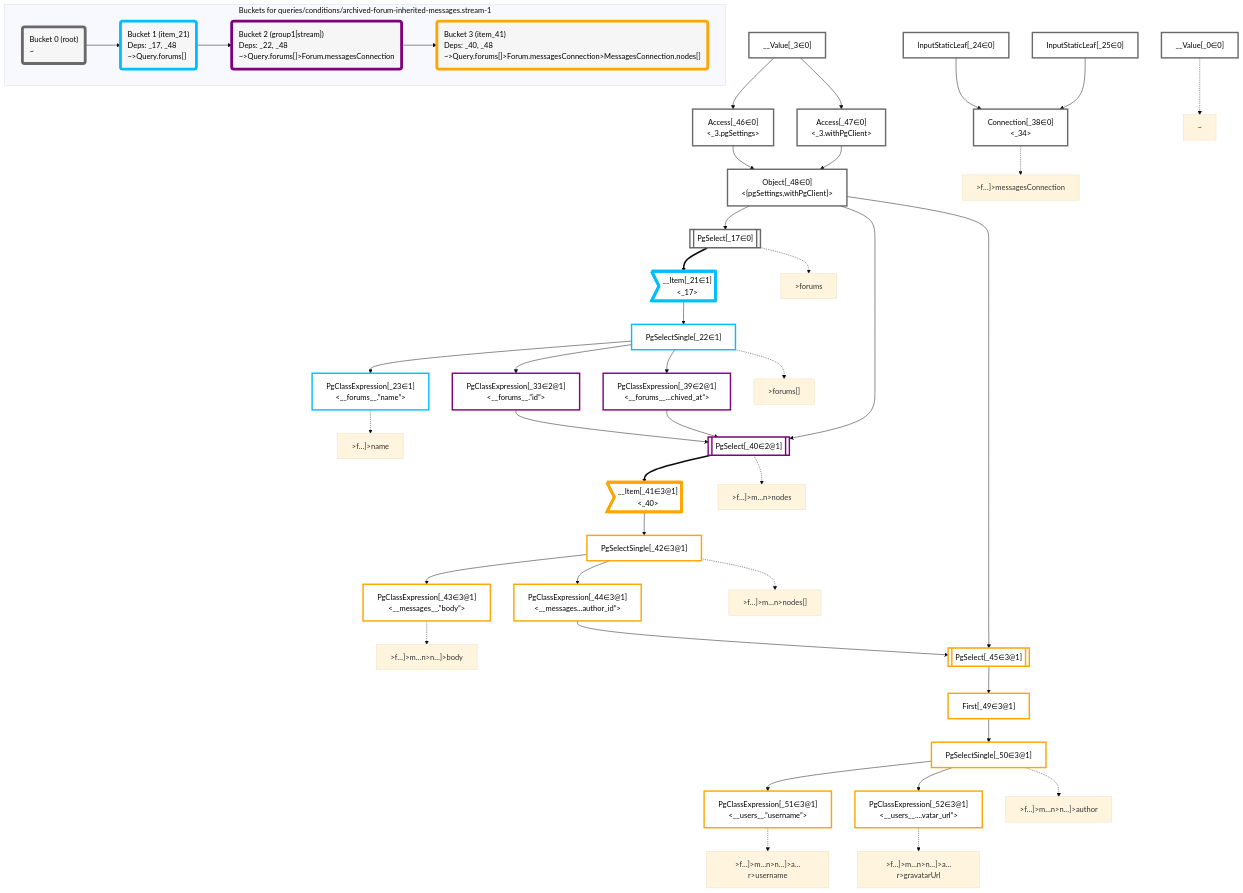
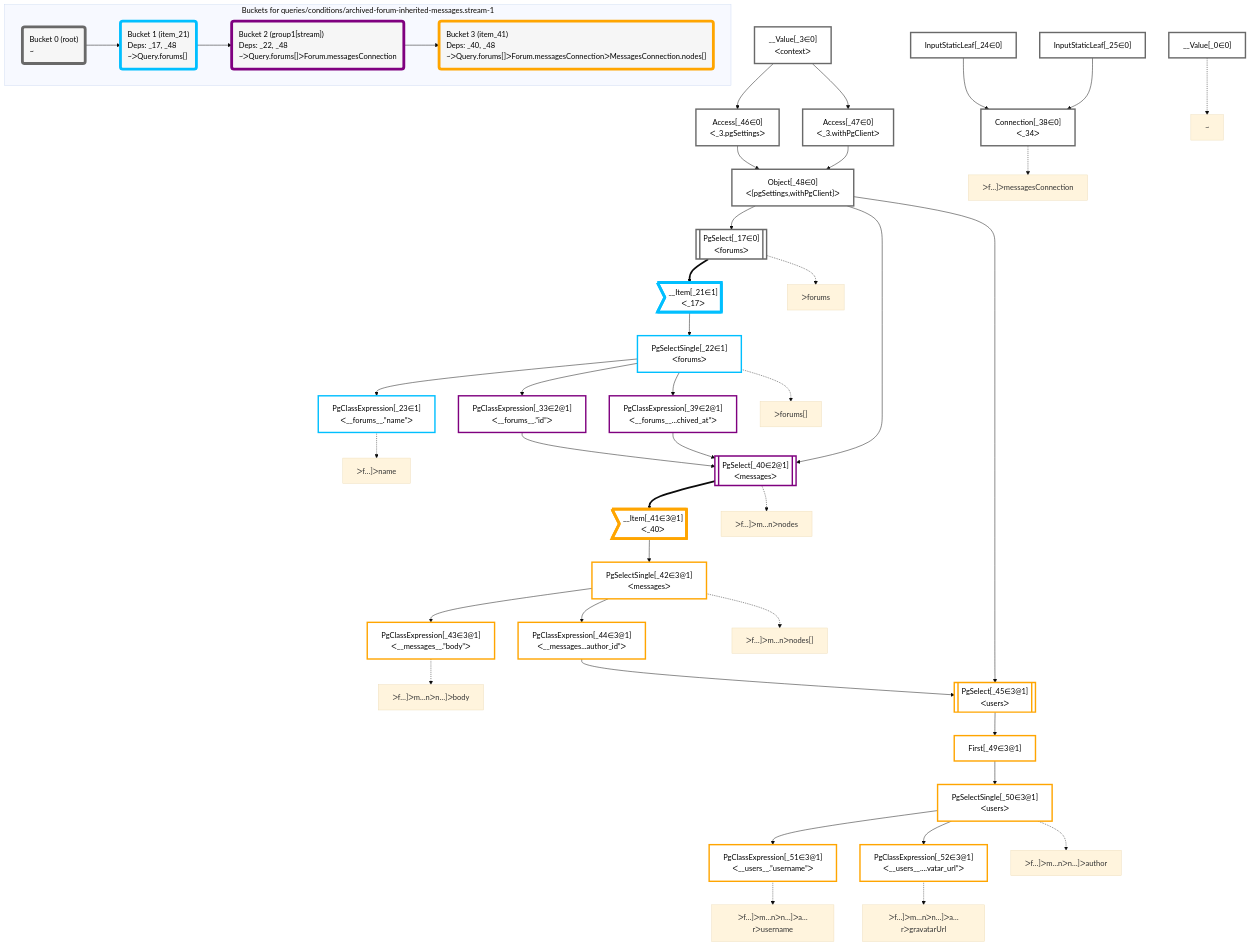
The diagram in packages/dataplan-pg/__tests__/queries/conditions/archived-forum-inherited-messages.stream-1.deopt.mermaid.md (graphile/crystal), drawn with Mermaid (base theme) before and after one commit. The commit also changed 195 other files, not shown here.

```diff
--- a/packages/dataplan-pg/__tests__/queries/conditions/archived-forum-inherited-messages.stream-1.deopt.mermaid.md
+++ b/packages/dataplan-pg/__tests__/queries/conditions/archived-forum-inherited-messages.stream-1.deopt.mermaid.md
@@ -9,29 +9,29 @@
 
     %% define plans
     __Value_0["__Value[_0∈0]"]:::plan
-    __Value_3["__Value[_3∈0]<br /><context>"]:::plan
-    PgSelect_17[["PgSelect[_17∈0]<br /><forums>"]]:::plan
-    __Item_21>"__Item[_21∈1]<br /><_17>"]:::itemplan
-    PgSelectSingle_22["PgSelectSingle[_22∈1]<br /><forums>"]:::plan
-    PgClassExpression_23["PgClassExpression[_23∈1]<br /><__forums__.”name”>"]:::plan
+    __Value_3["__Value[_3∈0]<br />ᐸcontextᐳ"]:::plan
+    PgSelect_17[["PgSelect[_17∈0]<br />ᐸforumsᐳ"]]:::plan
+    __Item_21>"__Item[_21∈1]<br />ᐸ_17ᐳ"]:::itemplan
+    PgSelectSingle_22["PgSelectSingle[_22∈1]<br />ᐸforumsᐳ"]:::plan
+    PgClassExpression_23["PgClassExpression[_23∈1]<br />ᐸ__forums__.”name”ᐳ"]:::plan
     InputStaticLeaf_24["InputStaticLeaf[_24∈0]"]:::plan
     InputStaticLeaf_25["InputStaticLeaf[_25∈0]"]:::plan
-    PgClassExpression_33["PgClassExpression[_33∈2@1]<br /><__forums__.”id”>"]:::plan
-    Connection_38["Connection[_38∈0]<br /><_34>"]:::plan
-    PgClassExpression_39["PgClassExpression[_39∈2@1]<br /><__forums__...chived_at”>"]:::plan
-    PgSelect_40[["PgSelect[_40∈2@1]<br /><messages>"]]:::plan
-    __Item_41>"__Item[_41∈3@1]<br /><_40>"]:::itemplan
-    PgSelectSingle_42["PgSelectSingle[_42∈3@1]<br /><messages>"]:::plan
-    PgClassExpression_43["PgClassExpression[_43∈3@1]<br /><__messages__.”body”>"]:::plan
-    PgClassExpression_44["PgClassExpression[_44∈3@1]<br /><__messages...author_id”>"]:::plan
-    PgSelect_45[["PgSelect[_45∈3@1]<br /><users>"]]:::plan
-    Access_46["Access[_46∈0]<br /><_3.pgSettings>"]:::plan
-    Access_47["Access[_47∈0]<br /><_3.withPgClient>"]:::plan
-    Object_48["Object[_48∈0]<br /><{pgSettings,withPgClient}>"]:::plan
+    PgClassExpression_33["PgClassExpression[_33∈2@1]<br />ᐸ__forums__.”id”ᐳ"]:::plan
+    Connection_38["Connection[_38∈0]<br />ᐸ_34ᐳ"]:::plan
+    PgClassExpression_39["PgClassExpression[_39∈2@1]<br />ᐸ__forums__...chived_at”ᐳ"]:::plan
+    PgSelect_40[["PgSelect[_40∈2@1]<br />ᐸmessagesᐳ"]]:::plan
+    __Item_41>"__Item[_41∈3@1]<br />ᐸ_40ᐳ"]:::itemplan
+    PgSelectSingle_42["PgSelectSingle[_42∈3@1]<br />ᐸmessagesᐳ"]:::plan
+    PgClassExpression_43["PgClassExpression[_43∈3@1]<br />ᐸ__messages__.”body”ᐳ"]:::plan
+    PgClassExpression_44["PgClassExpression[_44∈3@1]<br />ᐸ__messages...author_id”ᐳ"]:::plan
+    PgSelect_45[["PgSelect[_45∈3@1]<br />ᐸusersᐳ"]]:::plan
+    Access_46["Access[_46∈0]<br />ᐸ_3.pgSettingsᐳ"]:::plan
+    Access_47["Access[_47∈0]<br />ᐸ_3.withPgClientᐳ"]:::plan
+    Object_48["Object[_48∈0]<br />ᐸ{pgSettings,withPgClient}ᐳ"]:::plan
     First_49["First[_49∈3@1]"]:::plan
-    PgSelectSingle_50["PgSelectSingle[_50∈3@1]<br /><users>"]:::plan
-    PgClassExpression_51["PgClassExpression[_51∈3@1]<br /><__users__.”username”>"]:::plan
-    PgClassExpression_52["PgClassExpression[_52∈3@1]<br /><__users__....vatar_url”>"]:::plan
+    PgSelectSingle_50["PgSelectSingle[_50∈3@1]<br />ᐸusersᐳ"]:::plan
+    PgClassExpression_51["PgClassExpression[_51∈3@1]<br />ᐸ__users__.”username”ᐳ"]:::plan
+    PgClassExpression_52["PgClassExpression[_52∈3@1]<br />ᐸ__users__....vatar_url”ᐳ"]:::plan
 
     %% plan dependencies
     Object_48 --> PgSelect_17
@@ -63,25 +63,25 @@
     %% plan-to-path relationships
     P_0["~"]
     __Value_0 -.-> P_0
-    P_17[">forums"]
+    P_17["ᐳforums"]
     PgSelect_17 -.-> P_17
-    P_22[">forums[]"]
+    P_22["ᐳforums[]"]
     PgSelectSingle_22 -.-> P_22
-    P_23[">f…]>name"]
+    P_23["ᐳf…]ᐳname"]
     PgClassExpression_23 -.-> P_23
-    P_38[">f…]>messagesConnection"]
+    P_38["ᐳf…]ᐳmessagesConnection"]
     Connection_38 -.-> P_38
-    P_40[">f…]>m…n>nodes"]
+    P_40["ᐳf…]ᐳm…nᐳnodes"]
     PgSelect_40 -.-> P_40
-    P_42[">f…]>m…n>nodes[]"]
+    P_42["ᐳf…]ᐳm…nᐳnodes[]"]
     PgSelectSingle_42 -.-> P_42
-    P_43[">f…]>m…n>n…]>body"]
+    P_43["ᐳf…]ᐳm…nᐳn…]ᐳbody"]
     PgClassExpression_43 -.-> P_43
-    P_50[">f…]>m…n>n…]>author"]
+    P_50["ᐳf…]ᐳm…nᐳn…]ᐳauthor"]
     PgSelectSingle_50 -.-> P_50
-    P_51[">f…]>m…n>n…]>a…r>username"]
+    P_51["ᐳf…]ᐳm…nᐳn…]ᐳa…rᐳusername"]
     PgClassExpression_51 -.-> P_51
-    P_52[">f…]>m…n>n…]>a…r>gravatarUrl"]
+    P_52["ᐳf…]ᐳm…nᐳn…]ᐳa…rᐳgravatarUrl"]
     PgClassExpression_52 -.-> P_52
 
     %% allocate buckets
@@ -97,13 +97,13 @@
     subgraph "Buckets for queries/conditions/archived-forum-inherited-messages.stream-1"
     Bucket0("Bucket 0 (root)<br />~"):::bucket
     style Bucket0 stroke:#696969
-    Bucket1("Bucket 1 (item_21)<br />Deps: _17, _48<br />~>Query.forums[]"):::bucket
+    Bucket1("Bucket 1 (item_21)<br />Deps: _17, _48<br />~ᐳQuery.forums[]"):::bucket
     style Bucket1 stroke:#00bfff
     Bucket0 --> Bucket1
-    Bucket2("Bucket 2 (group1[stream])<br />Deps: _22, _48<br />~>Query.forums[]>Forum.messagesConnection"):::bucket
+    Bucket2("Bucket 2 (group1[stream])<br />Deps: _22, _48<br />~ᐳQuery.forums[]ᐳForum.messagesConnection"):::bucket
     style Bucket2 stroke:#7f007f
     Bucket1 --> Bucket2
-    Bucket3("Bucket 3 (item_41)<br />Deps: _40, _48<br />~>Query.forums[]>Forum.messagesConnection>MessagesConnection.nodes[]"):::bucket
+    Bucket3("Bucket 3 (item_41)<br />Deps: _40, _48<br />~ᐳQuery.forums[]ᐳForum.messagesConnectionᐳMessagesConnection.nodes[]"):::bucket
     style Bucket3 stroke:#ffa500
     Bucket2 --> Bucket3
     end
```
